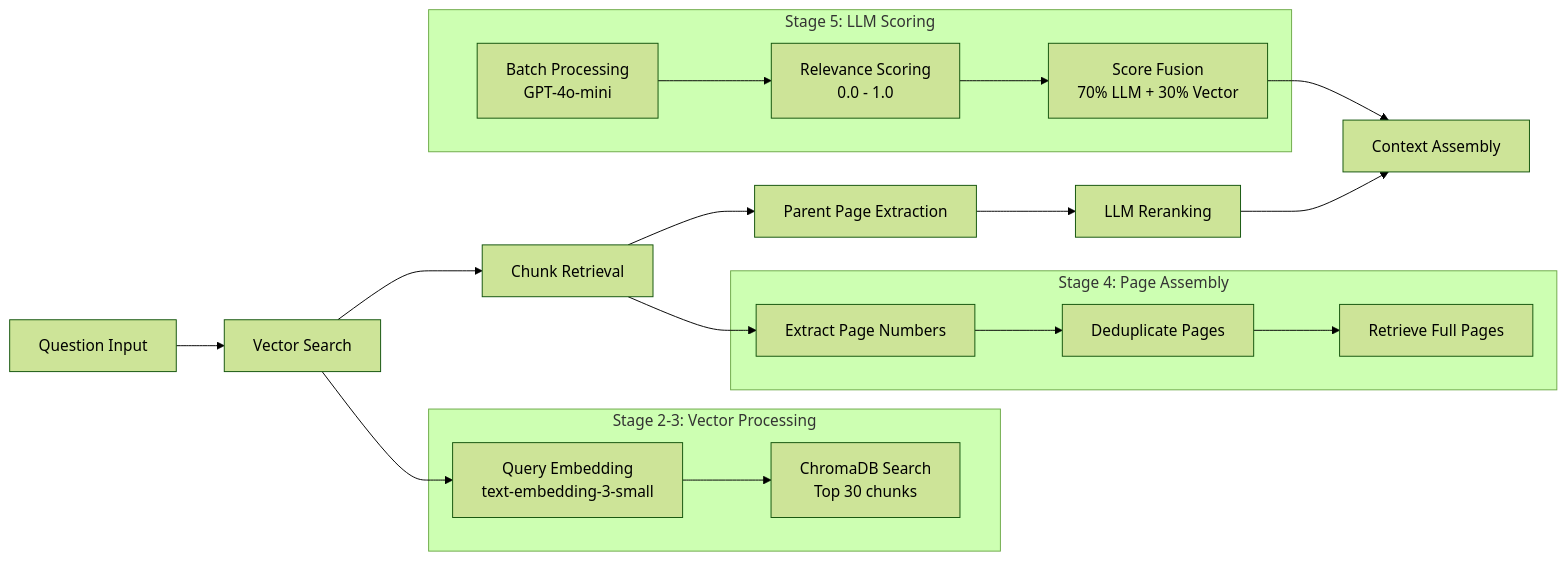
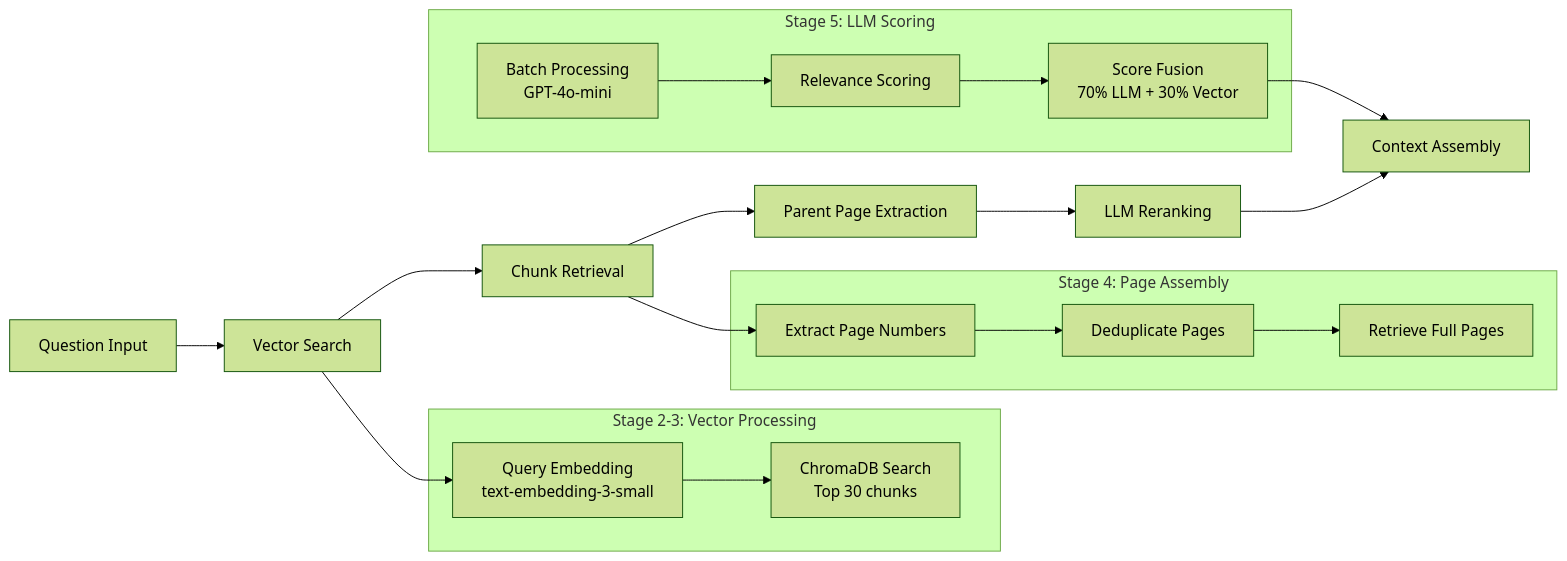
The second of 2 diagrams in README.md (xxcs13/RAGv1), drawn with Mermaid (forest theme) before and after one commit.

````diff
--- a/README.md
+++ b/README.md
@@ -94,32 +94,32 @@
 ```mermaid
 flowchart LR
     A[Question Input] --> B[Vector Search]
     B --> C[Chunk Retrieval]
     C --> D[Parent Page Extraction]
     D --> E[LLM Reranking]
     E --> F[Context Assembly]
 
     subgraph "Stage 2-3: Vector Processing"
         B1[Query Embedding<br/>text-embedding-3-small]
         B2[ChromaDB Search<br/>Top 30 chunks]
         B1 --> B2
     end
 
     subgraph "Stage 4: Page Assembly"
         D1[Extract Page Numbers]
         D2[Deduplicate Pages]
         D3[Retrieve Full Pages]
         D1 --> D2 --> D3
     end
 
     subgraph "Stage 5: LLM Scoring"
         E1[Batch Processing<br/>GPT-4o-mini]
-        E2[Relevance Scoring<br/>0.0 - 1.0]
+        E2[Relevance Scoring]
         E3[Score Fusion<br/>70% LLM + 30% Vector]
         E1 --> E2 --> E3
     end
 
     B --> B1
     C --> D1
     E3 --> F
 ```
````
